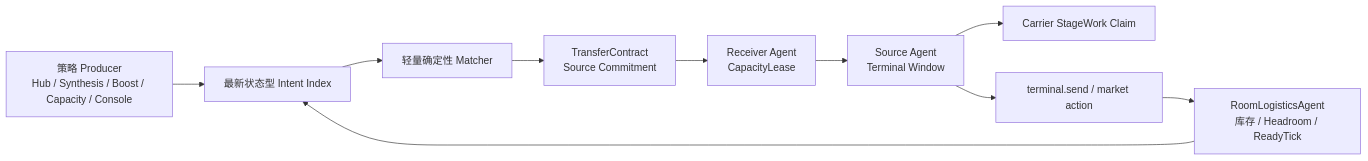
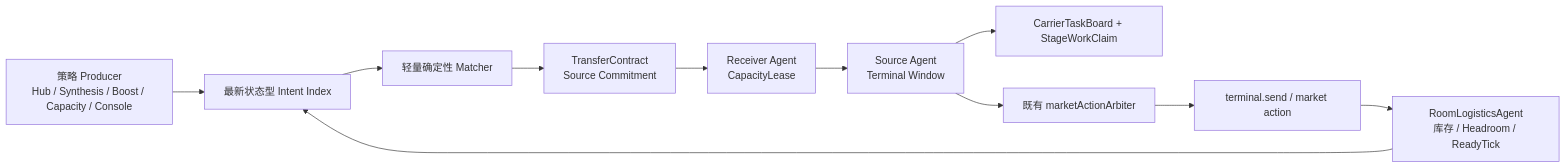
The diagram in openspec/changes/decentralized-logistics-contracts/design.md (blueforst/screeps-bot), drawn with Mermaid before and after one commit. The commit also changed other lines of this file and 28 other files, not shown here.

````diff
--- a/openspec/changes/decentralized-logistics-contracts/design.md
+++ b/openspec/changes/decentralized-logistics-contracts/design.md
@@ -16,12 +18,13 @@
 ```mermaid
 flowchart LR
     P["策略 Producer<br/>Hub / Synthesis / Boost / Capacity / Console"] --> I["最新状态型 Intent Index"]
     R["RoomLogisticsAgent<br/>库存 / Headroom / ReadyTick"] --> I
     I --> M["轻量确定性 Matcher"]
     M --> C["TransferContract<br/>Source Commitment"]
     C --> L["Receiver Agent<br/>CapacityLease"]
     L --> S["Source Agent<br/>Terminal Window"]
-    S --> W["Carrier StageWork Claim"]
-    S --> T["terminal.send / market action"]
+    S --> W["CarrierTaskBoard + StageWorkClaim"]
+    S --> A["既有 marketActionArbiter"]
+    A --> T["terminal.send / market action"]
     T --> R
 ```
````
